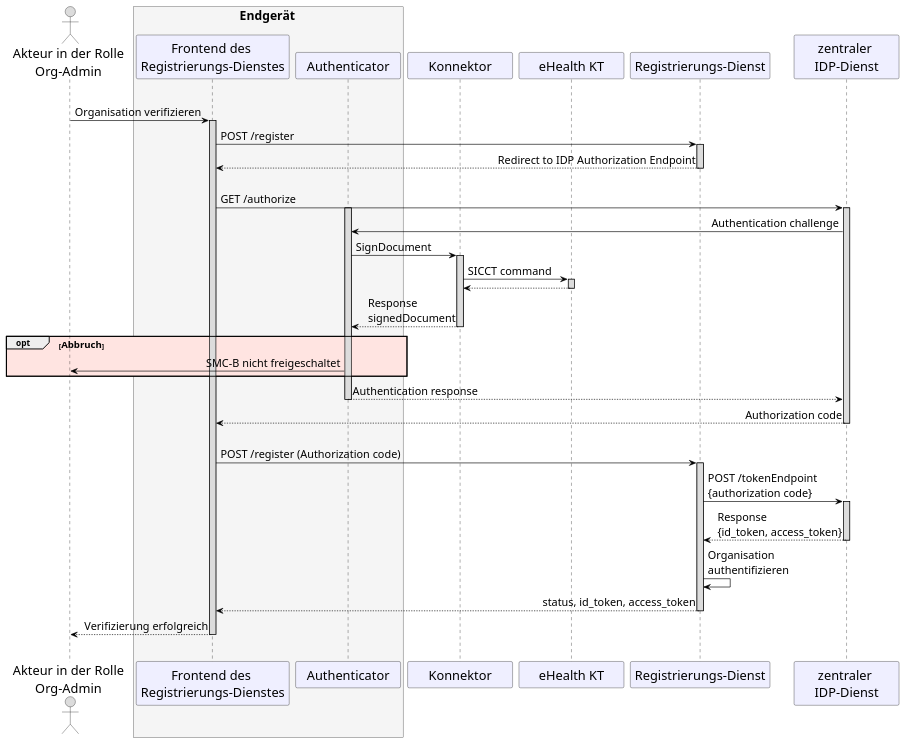
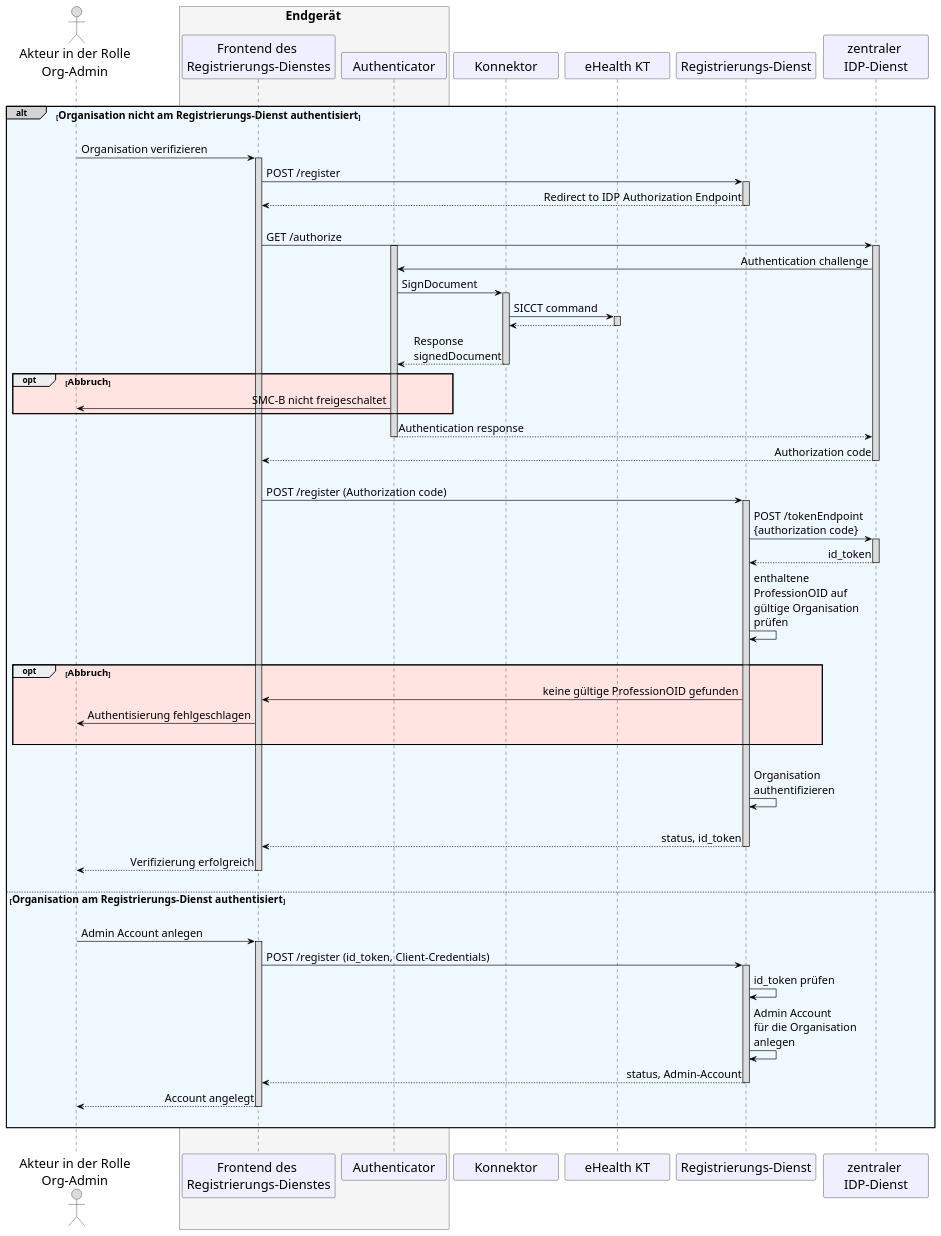
One commit to gematik/api-ti-messenger changed the diagram in src/plantuml/TI-Messenger-Dienst/Ressourcen/UC_10103_Seq.puml. Above: the diagram before and after it, drawn with PlantUML.

```diff
--- a/src/plantuml/TI-Messenger-Dienst/Ressourcen/UC_10103_Seq.puml
+++ b/src/plantuml/TI-Messenger-Dienst/Ressourcen/UC_10103_Seq.puml
@@ -9,81 +9,111 @@
 @startuml
 skinparam sequenceMessageAlign direction
 skinparam WrapWidth 300
 skinparam minClassWidth 150
 skinparam BoxPadding 1
 scale max 2048 width
 
 skinparam sequence {
 ArrowColor black
 ArrowFontSize 17
 ActorBorderColor black
 LifeLineBorderColor black
 LifeLineBackgroundColor Gainsboro
 
 ParticipantBorderColor Motivation
 ParticipantBackgroundColor Motivation
 ParticipantFontName Impact
 ParticipantFontSize 20
 ParticipantFontColor black
 ParticipantBorderColor Black
 ParticipantBackgroundColor MOTIVATION
 
 ActorBackgroundColor Gainsboro
 ActorFontColor black
 ActorFontSize 20
 ActorFontName Aapex
 }
 
   actor oa as "Akteur in der Rolle\nOrg-Admin"
     box <size:19>Endgerät</size> #WhiteSmoke
     participant wb as "Frontend des \nRegistrierungs-Dienstes"
     participant au as "Authenticator"
     end box
   participant ko as "Konnektor"
   participant kt as "eHealth KT"
   participant rd as "Registrierungs-Dienst"
   participant ip as "zentraler \nIDP-Dienst"
 
-  |||
-  oa -> wb: Organisation verifizieren
-    activate wb
-  wb -> rd:POST /register 
-    activate rd
-  rd --> wb: Redirect to IDP Authorization Endpoint
-    deactivate rd
-  |||
-  wb -> ip: GET /authorize
-    activate au
-    activate ip
-  ip -> au: Authentication challenge
-  au -> ko: SignDocument
-    activate ko
-  ko -> kt: SICCT command
-    activate kt
-  kt --> ko
-    deactivate kt
-  ko --> au: Response \nsignedDocument
-    deactivate ko
-
-opt #MistyRose <size:15>Abbruch</size>
-  au -> oa: SMC-B nicht freigeschaltet 
+|||
+alt#LightGrey #AliceBlue <size:16>Organisation nicht am Registrierungs-Dienst authentisiert</size>
+|||
+      oa -> wb: Organisation verifizieren
+        activate wb
+      wb -> rd:POST /register 
+        activate rd
+      rd --> wb: Redirect to IDP Authorization Endpoint
+        deactivate rd
+      |||
+      wb -> ip: GET /authorize
+        activate au
+        activate ip
+      ip -> au: Authentication challenge
+      au -> ko: SignDocument
+        activate ko
+      ko -> kt: SICCT command
+        activate kt
+      kt --> ko
+        deactivate kt
+      ko --> au: Response \nsignedDocument
+        deactivate ko
+    
+    opt #MistyRose <size:15>Abbruch</size>
+      au -> oa: SMC-B nicht freigeschaltet 
+    end
+    
+      au -->ip: Authentication response
+        deactivate au
+      ip --> wb: Authorization code
+        deactivate ip
+      |||
+      wb -> rd: POST /register (Authorization code)
+        activate rd
+      rd -> ip: POST /tokenEndpoint\n{authorization code}
+        activate ip
+      ip --> rd: id_token
+        deactivate ip
+      rd -> rd: enthaltene \nProfessionOID auf \ngültige Organisation \nprüfen
+      |||
+      
+    opt #MistyRose <size:15>Abbruch</size>
+      rd -> wb: keine gültige ProfessionOID gefunden
+      wb -> oa: Authentisierung fehlgeschlagen
+      |||
+    end  
+    
+      |||
+      rd-> rd: Organisation \nauthentifizieren
+      |||
+      
+      rd --> wb: status, id_token
+        deactivate rd
+      wb --> oa: Verifizierung erfolgreich
+        deactivate wb
+      |||  
+      
+      else <size:16>Organisation am Registrierungs-Dienst authentisiert</size>
+        |||
+        oa -> wb: Admin Account anlegen
+          activate wb
+        wb -> rd: POST /register (id_token, Client-Credentials)
+          activate rd
+        rd -> rd: id_token prüfen
+        rd -> rd: Admin Account \nfür die Organisation \nanlegen
+        rd --> wb: status, Admin-Account
+          deactivate rd
+        wb --> oa: Account angelegt
+          deactivate wb
+        |||
 end
-
-  au -->ip: Authentication response
-    deactivate au
-  ip --> wb: Authorization code
-    deactivate ip
-  |||
-  wb -> rd: POST /register (Authorization code)
-    activate rd
-  rd -> ip: POST /tokenEndpoint\n{authorization code}
-    activate ip
-  ip --> rd: Response\n{id_token, access_token}
-    deactivate ip
-  rd -> rd: Organisation \nauthentifizieren
-  rd --> wb: status, id_token, access_token
-    deactivate rd
-  wb --> oa: Verifizierung erfolgreich
-    deactivate wb
-  |||  
+|||
 @enduml
```
